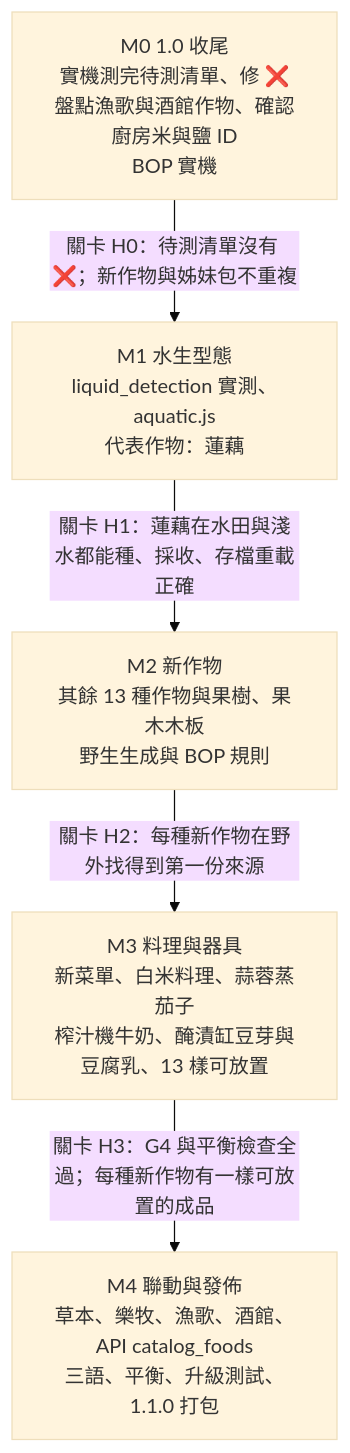
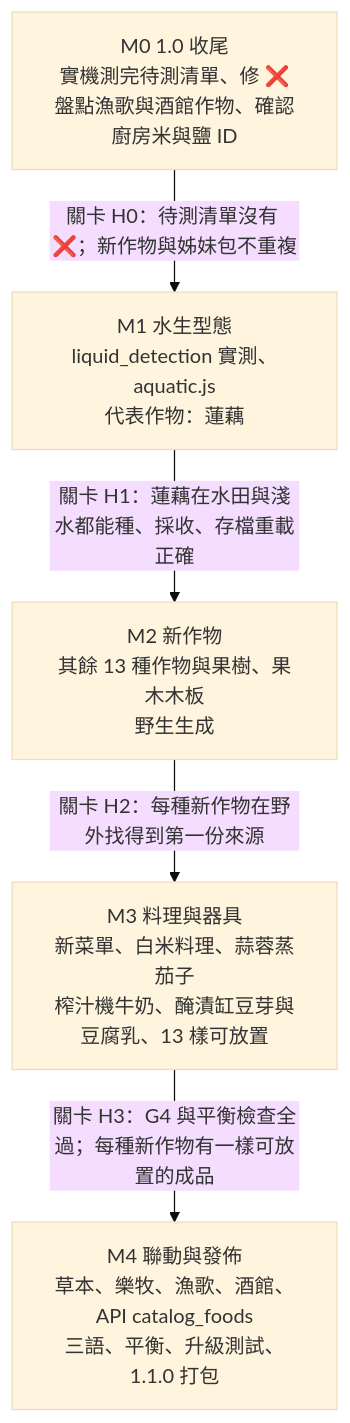
One commit to garlicpretty-creator/Kaleidoscope_Harvest_BR changed the diagram in docs/PROPOSAL_1.1.zh-TW.md. Above: the diagram before and after it, drawn with Mermaid (base theme). The commit also changed other lines of this file and 72 other files, not shown here.

````diff
--- a/docs/PROPOSAL_1.1.zh-TW.md
+++ b/docs/PROPOSAL_1.1.zh-TW.md
@@ -219,12 +216,12 @@
 ```mermaid
 flowchart TD
-    M0["M0 1.0 收尾<br/>實機測完待測清單、修 ❌<br/>盤點漁歌與酒館作物、確認廚房米與鹽 ID<br/>BOP 實機"]
+    M0["M0 1.0 收尾<br/>實機測完待測清單、修 ❌<br/>盤點漁歌與酒館作物、確認廚房米與鹽 ID"]
     M1["M1 水生型態<br/>liquid_detection 實測、aquatic.js<br/>代表作物：蓮藕"]
-    M2["M2 新作物<br/>其餘 13 種作物與果樹、果木木板<br/>野生生成與 BOP 規則"]
+    M2["M2 新作物<br/>其餘 13 種作物與果樹、果木木板<br/>野生生成"]
     M3["M3 料理與器具<br/>新菜單、白米料理、蒜蓉蒸茄子<br/>榨汁機牛奶、醃漬缸豆芽與豆腐乳、13 樣可放置"]
     M4["M4 聯動與發佈<br/>草本、樂牧、漁歌、酒館、API catalog_foods<br/>三語、平衡、升級測試、1.1.0 打包"]
     M0 -->|"關卡 H0：待測清單沒有 ❌；新作物與姊妹包不重複"| M1
     M1 -->|"關卡 H1：蓮藕在水田與淺水都能種、採收、存檔重載正確"| M2
     M2 -->|"關卡 H2：每種新作物在野外找得到第一份來源"| M3
     M3 -->|"關卡 H3：G4 與平衡檢查全過；每種新作物有一樣可放置的成品"| M4
 ```
````
